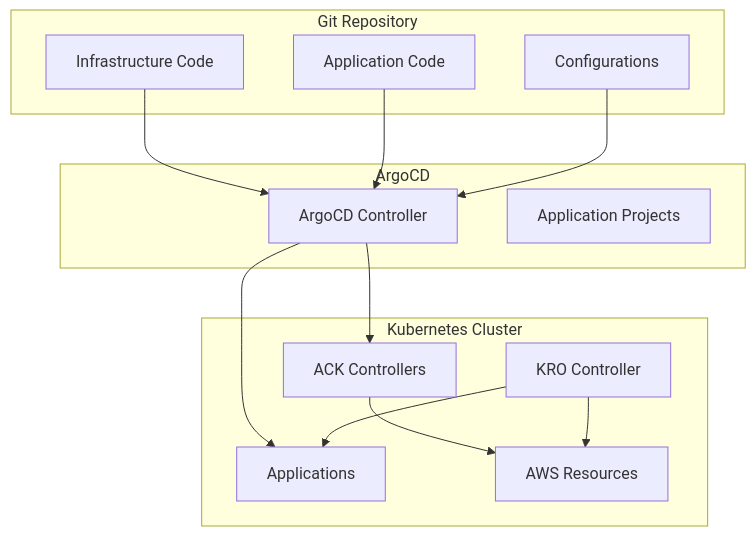
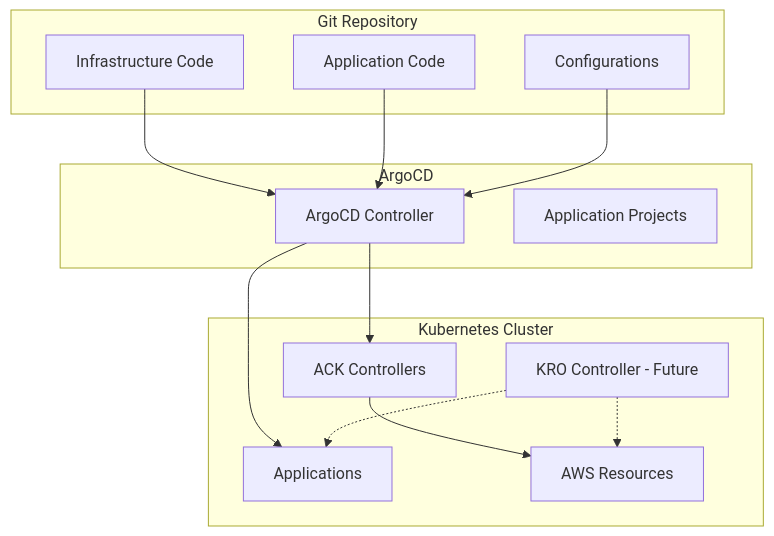
Before and after one commit to cloud-native-encabulator/encabulator: the third of 3 diagrams in .kiro/specs/cloud-native-encabulator-microservices/design.md, drawn with Mermaid. The commit also changed other lines of this file and 52 other files, not shown here.

````diff
--- a/.kiro/specs/cloud-native-encabulator-microservices/design.md
+++ b/.kiro/specs/cloud-native-encabulator-microservices/design.md
@@ -231,29 +233,29 @@
 ```mermaid
 graph TD
     subgraph "Git Repository"
         InfraCode[Infrastructure Code]
         AppCode[Application Code]
         Configs[Configurations]
     end
 
     subgraph "ArgoCD"
         ArgoCDController[ArgoCD Controller]
         AppProjects[Application Projects]
     end
 
     subgraph "Kubernetes Cluster"
         ACKControllers[ACK Controllers]
-        KROController[KRO Controller]
         Applications[Applications]
         AWSResources[AWS Resources]
+        KROController[KRO Controller - Future]
     end
 
     InfraCode --> ArgoCDController
     AppCode --> ArgoCDController
     Configs --> ArgoCDController
     ArgoCDController --> ACKControllers
     ArgoCDController --> Applications
     ACKControllers --> AWSResources
-    KROController --> Applications
-    KROController --> AWSResources
+    KROController -.-> Applications
+    KROController -.-> AWSResources
 ```
````
